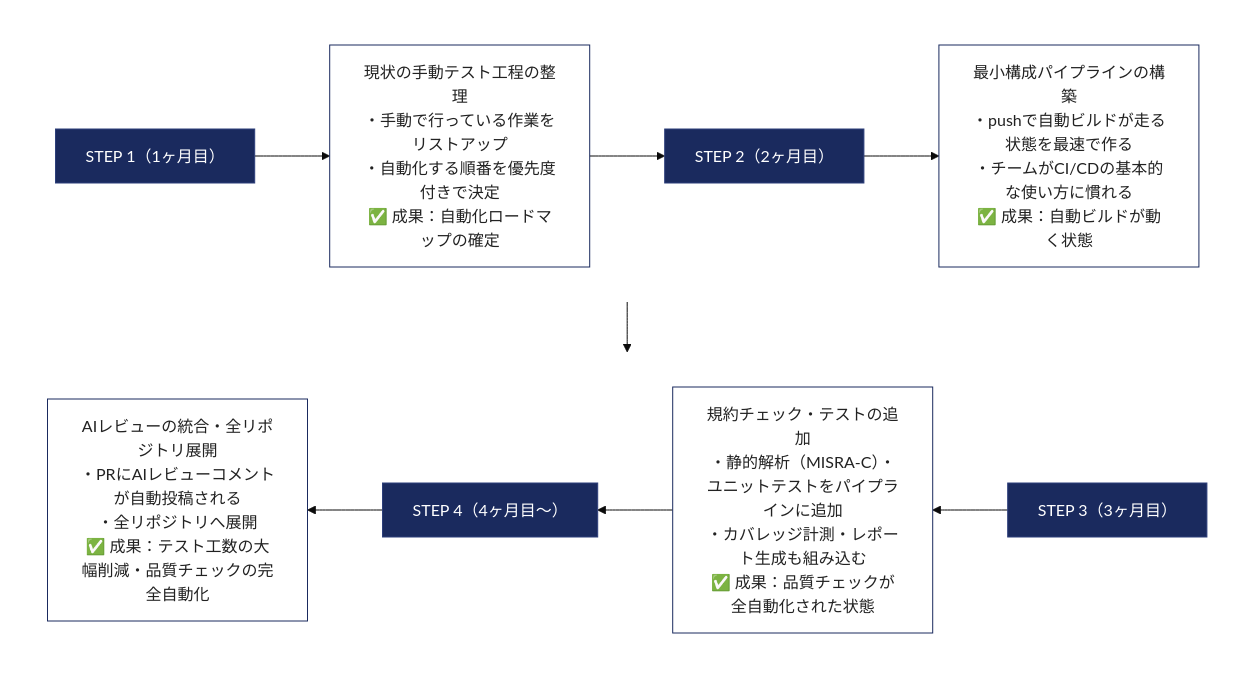
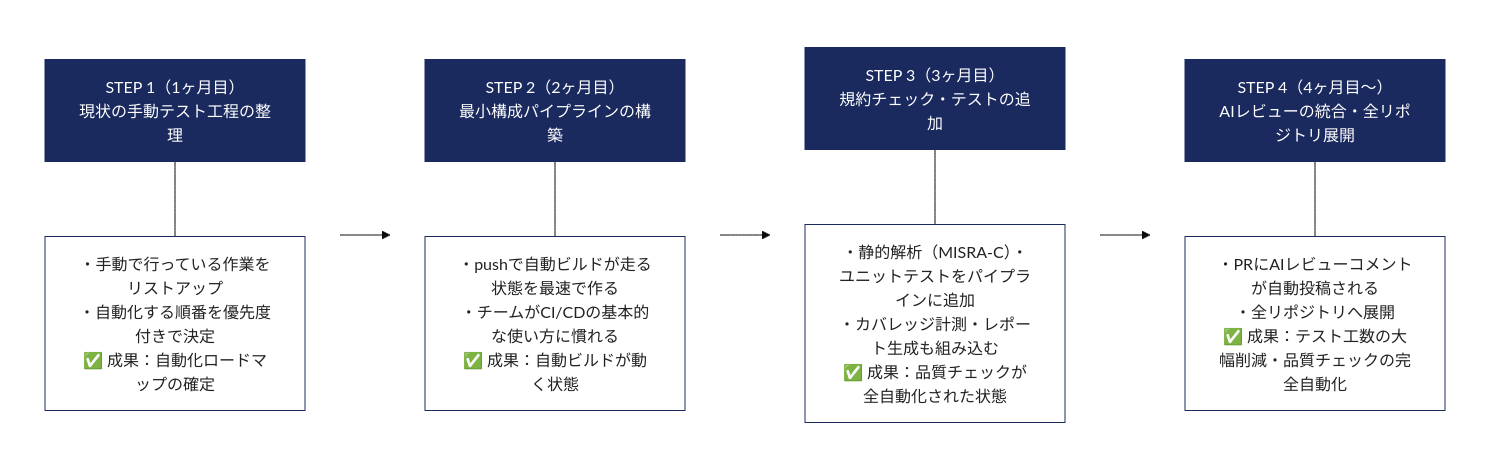
The third of 10 diagrams in AI_Idea/AI_ADOPTION_PROPOSAL.md (Kengo55555/My_Study), drawn with Mermaid (base theme) before and after one commit. The commit also changed other lines of this file and 1 other file, not shown here.

Commit message:
Redesign Mermaid: horizontal LR layout, navy header + white body per step card

````diff
--- a/AI_Idea/AI_ADOPTION_PROPOSAL.md
+++ b/AI_Idea/AI_ADOPTION_PROPOSAL.md
@@ -153,22 +165,28 @@
 ```mermaid
-flowchart TD
-    subgraph row1[" "]
-        direction LR
-        T1["STEP 1（1ヶ月目）"] --> C1["現状の手動テスト工程の整理<br/>・手動で行っている作業をリストアップ<br/>・自動化する順番を優先度付きで決定<br/>✅ 成果：自動化ロードマップの確定"]
-        C1 --> T2["STEP 2（2ヶ月目）"]
-        T2 --> C2["最小構成パイプラインの構築<br/>・pushで自動ビルドが走る状態を最速で作る<br/>・チームがCI/CDの基本的な使い方に慣れる<br/>✅ 成果：自動ビルドが動く状態"]
+flowchart LR
+    subgraph s1[" "]
+        direction TB
+        H1["STEP 1（1ヶ月目）<br/>現状の手動テスト工程の整理"] --- B1["・手動で行っている作業をリストアップ<br/>・自動化する順番を優先度付きで決定<br/>✅ 成果：自動化ロードマップの確定"]
     end
-    subgraph row2[" "]
-        direction RL
-        T3["STEP 3（3ヶ月目）"] --> C3["規約チェック・テストの追加<br/>・静的解析（MISRA-C）・ユニットテストをパイプラインに追加<br/>・カバレッジ計測・レポート生成も組み込む<br/>✅ 成果：品質チェックが全自動化された状態"]
-        C3 --> T4["STEP 4（4ヶ月目〜）"]
-        T4 --> C4["AIレビューの統合・全リポジトリ展開<br/>・PRにAIレビューコメントが自動投稿される<br/>・全リポジトリへ展開<br/>✅ 成果：テスト工数の大幅削減・品質チェックの完全自動化"]
+    subgraph s2[" "]
+        direction TB
+        H2["STEP 2（2ヶ月目）<br/>最小構成パイプラインの構築"] --- B2["・pushで自動ビルドが走る状態を最速で作る<br/>・チームがCI/CDの基本的な使い方に慣れる<br/>✅ 成果：自動ビルドが動く状態"]
     end
-    C2 --> T3
-    style row1 fill:transparent,stroke:transparent,color:transparent
-    style row2 fill:transparent,stroke:transparent,color:transparent
-    classDef title fill:#1a2a5e,stroke:#2c3e7a,color:#fff
-    classDef content fill:#fff,stroke:#1a2a5e,color:#222
-    class T1,T2,T3,T4 title
-    class C1,C2,C3,C4 content
+    subgraph s3[" "]
+        direction TB
+        H3["STEP 3（3ヶ月目）<br/>規約チェック・テストの追加"] --- B3["・静的解析（MISRA-C）・ユニットテストをパイプラインに追加<br/>・カバレッジ計測・レポート生成も組み込む<br/>✅ 成果：品質チェックが全自動化された状態"]
+    end
+    subgraph s4[" "]
+        direction TB
+        H4["STEP 4（4ヶ月目〜）<br/>AIレビューの統合・全リポジトリ展開"] --- B4["・PRにAIレビューコメントが自動投稿される<br/>・全リポジトリへ展開<br/>✅ 成果：テスト工数の大幅削減・品質チェックの完全自動化"]
+    end
+    s1 --> s2 --> s3 --> s4
+    style s1 fill:transparent,stroke:transparent,color:transparent
+    style s2 fill:transparent,stroke:transparent,color:transparent
+    style s3 fill:transparent,stroke:transparent,color:transparent
+    style s4 fill:transparent,stroke:transparent,color:transparent
+    classDef hdr fill:#1a2a5e,stroke:#1a2a5e,color:#fff
+    classDef bdy fill:#fff,stroke:#1a2a5e,color:#222
+    class H1,H2,H3,H4 hdr
+    class B1,B2,B3,B4 bdy
 ```
````
